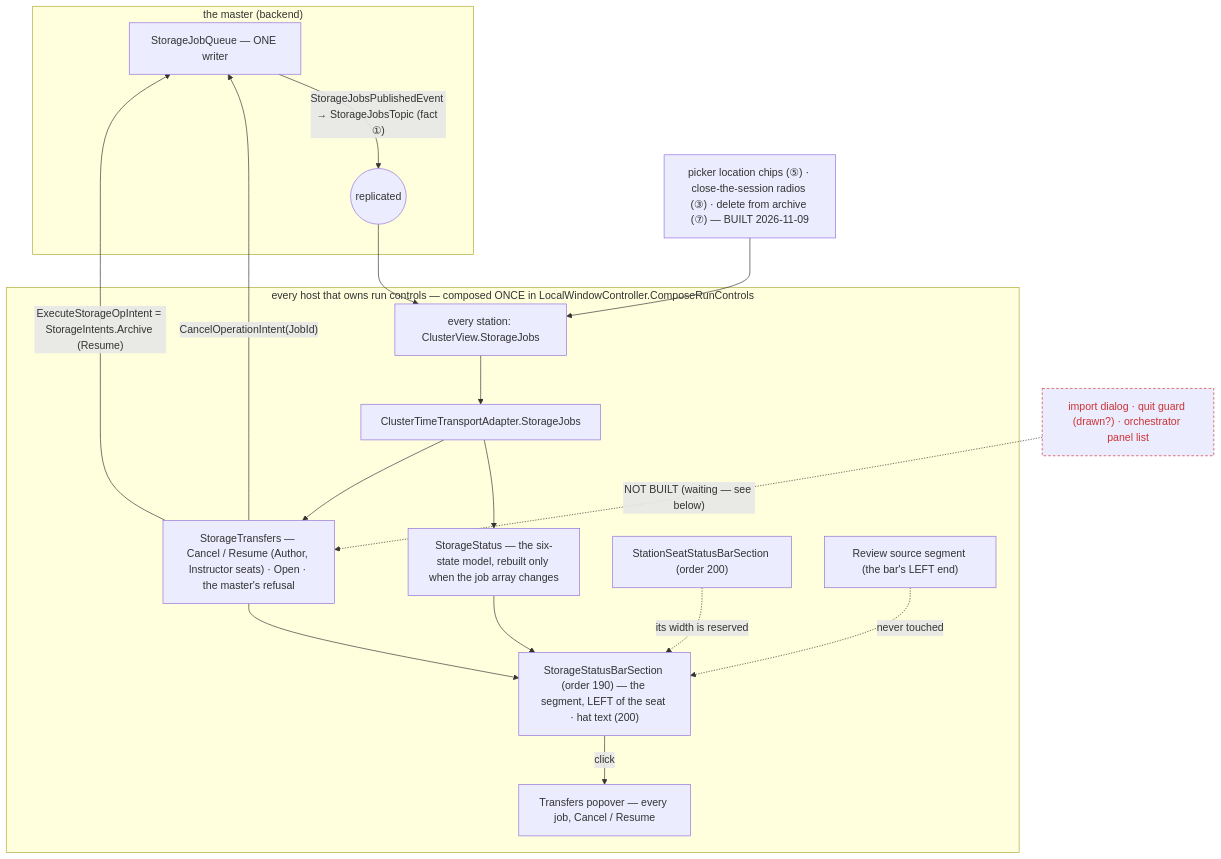
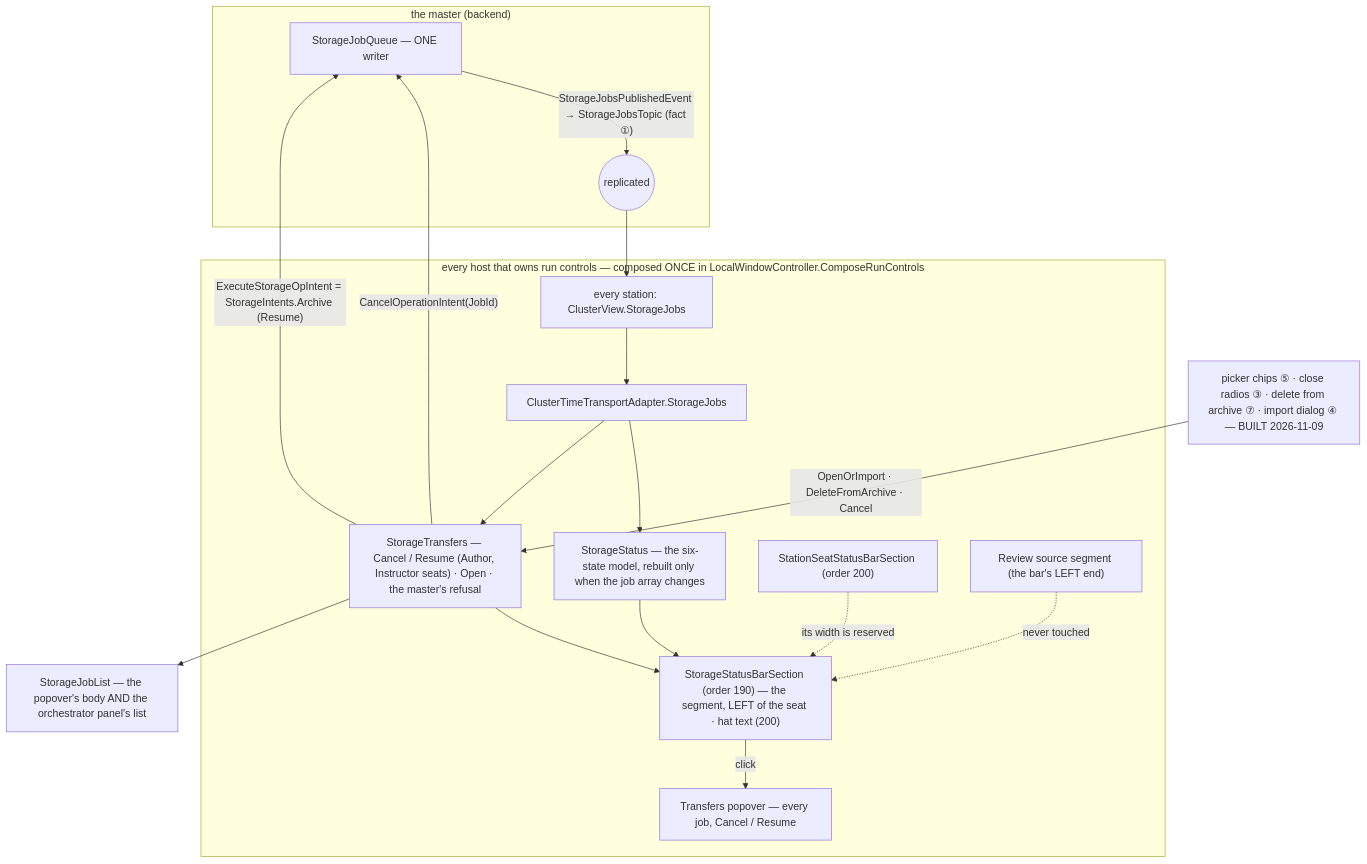
The eighth of 8 diagrams in docs/DESIGN_Recording_Storage.md (pjanec/HROT), drawn with Mermaid before and after one commit. The commit also changed other lines of this file and 14 other files, not shown here.

````diff
--- a/docs/DESIGN_Recording_Storage.md
+++ b/docs/DESIGN_Recording_Storage.md
@@ -472,23 +472,21 @@
 ```mermaid
 graph TD
     subgraph MASTER["the master (backend)"]
         Q["StorageJobQueue — ONE writer"] -->|"StorageJobsPublishedEvent → StorageJobsTopic (fact ①)"| TOPIC((replicated))
     end
     TOPIC --> CV["every station: ClusterView.StorageJobs"]
     subgraph STATION["every host that owns run controls — composed ONCE in LocalWindowController.ComposeRunControls"]
         CV --> FAC["ClusterTimeTransportAdapter.StorageJobs"]
         FAC --> ST["StorageStatus — the six-state model, rebuilt only when the job array changes"]
         FAC --> TR["StorageTransfers — Cancel / Resume (Author, Instructor seats) · Open · the master's refusal"]
         ST --> SEC["StorageStatusBarSection (order 190) — the segment, LEFT of the seat · hat text (200)"]
         TR --> SEC
         SEC -->|"click"| POP["Transfers popover — every job, Cancel / Resume"]
         SEAT["StationSeatStatusBarSection (order 200)"] -.->|"its width is reserved"| SEC
         SRC["Review source segment (the bar's LEFT end)"] -.->|"never touched"| SEC
     end
     TR -->|"CancelOperationIntent(JobId)"| Q
     TR -->|"ExecuteStorageOpIntent = StorageIntents.Archive (Resume)"| Q
-    PICK["import dialog · quit guard (drawn?) · orchestrator panel list"] -.->|"NOT BUILT (waiting — see below)"| TR
-    CHIPS["picker location chips (⑤) · close-the-session radios (③) · delete from archive (⑦) — BUILT 2026-11-09"] --> CV
-    classDef dead stroke:#c33,stroke-dasharray:4 3,color:#c33;
-    class PICK dead;
+    PICK["picker chips ⑤ · close radios ③ · delete from archive ⑦ · import dialog ④ — BUILT 2026-11-09"] -->|"OpenOrImport · DeleteFromArchive · Cancel"| TR
+    TR --> LIST["StorageJobList — the popover's body AND the orchestrator panel's list"]
 ```
````
